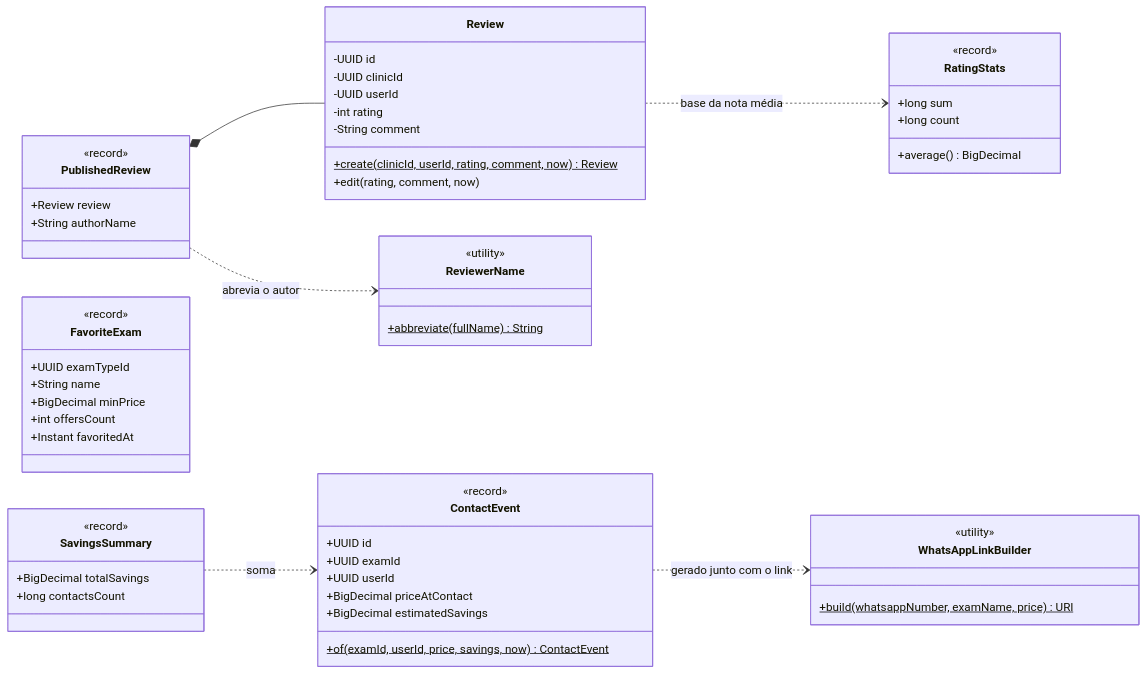
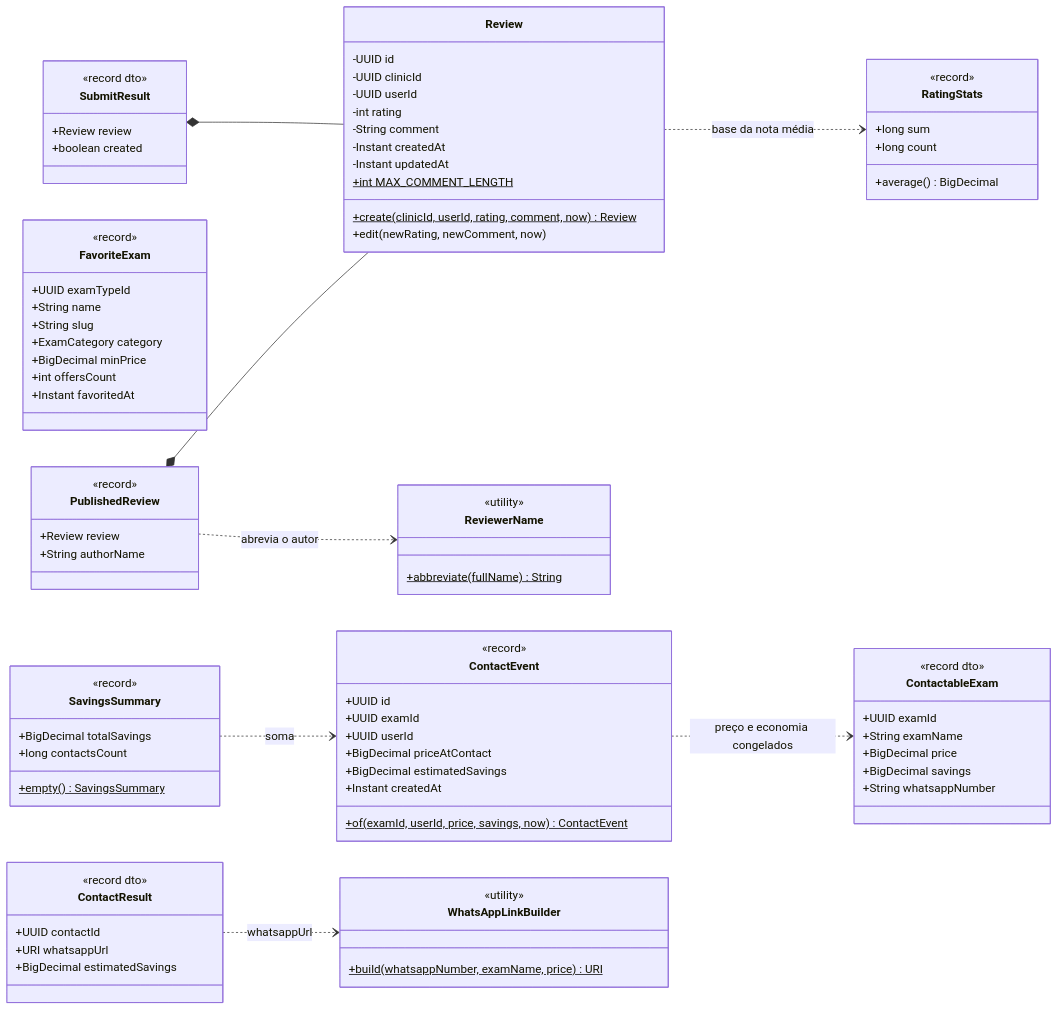
One commit to MarcioFerreiraL/clinics-backend changed the seventh of 8 diagrams in docs/06-arquitetura-e-classes.md. Above: the diagram before and after it, drawn with Mermaid. The commit also changed other lines of this file and 1 other file, not shown here.

First line of the commit message:
docs: arquitetura em camadas e diagramas atualizados

````diff
--- a/docs/06-arquitetura-e-classes.md
+++ b/docs/06-arquitetura-e-classes.md
@@ -224,8 +555,11 @@
         -UUID userId
         -int rating
         -String comment
+        -Instant createdAt
+        -Instant updatedAt
+        +int MAX_COMMENT_LENGTH$
         +create(clinicId, userId, rating, comment, now)$ Review
-        +edit(rating, comment, now)
+        +edit(newRating, newComment, now)
     }
     class RatingStats {
         <<record>>
@@ -246,6 +580,8 @@
         <<record>>
         +UUID examTypeId
         +String name
+        +String slug
+        +ExamCategory category
         +BigDecimal minPrice
         +int offersCount
         +Instant favoritedAt
@@ -257,6 +593,7 @@
         +UUID userId
         +BigDecimal priceAtContact
         +BigDecimal estimatedSavings
+        +Instant createdAt
         +of(examId, userId, price, savings, now)$ ContactEvent
     }
     class WhatsAppLinkBuilder {
@@ -267,10 +604,32 @@
         <<record>>
         +BigDecimal totalSavings
         +long contactsCount
+        +empty()$ SavingsSummary
+    }
+    class ContactableExam {
+        <<record dto>>
+        +UUID examId
+        +String examName
+        +BigDecimal price
+        +BigDecimal savings
+        +String whatsappNumber
+    }
+    class ContactResult {
+        <<record dto>>
+        +UUID contactId
+        +URI whatsappUrl
+        +BigDecimal estimatedSavings
+    }
+    class SubmitResult {
+        <<record dto>>
+        +Review review
+        +boolean created
     }
     PublishedReview *-- Review
     PublishedReview ..> ReviewerName : abrevia o autor
     Review ..> RatingStats : base da nota média
-    ContactEvent ..> WhatsAppLinkBuilder : gerado junto com o link
+    SubmitResult *-- Review
+    ContactEvent ..> ContactableExam : preço e economia congelados
+    ContactResult ..> WhatsAppLinkBuilder : whatsappUrl
     SavingsSummary ..> ContactEvent : soma
 ```
````
